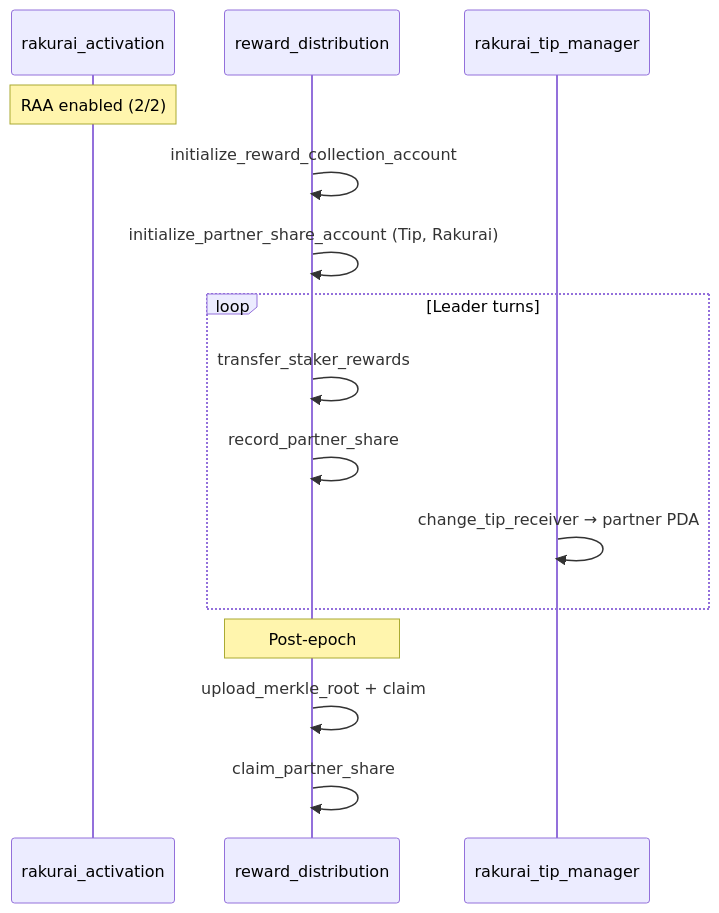
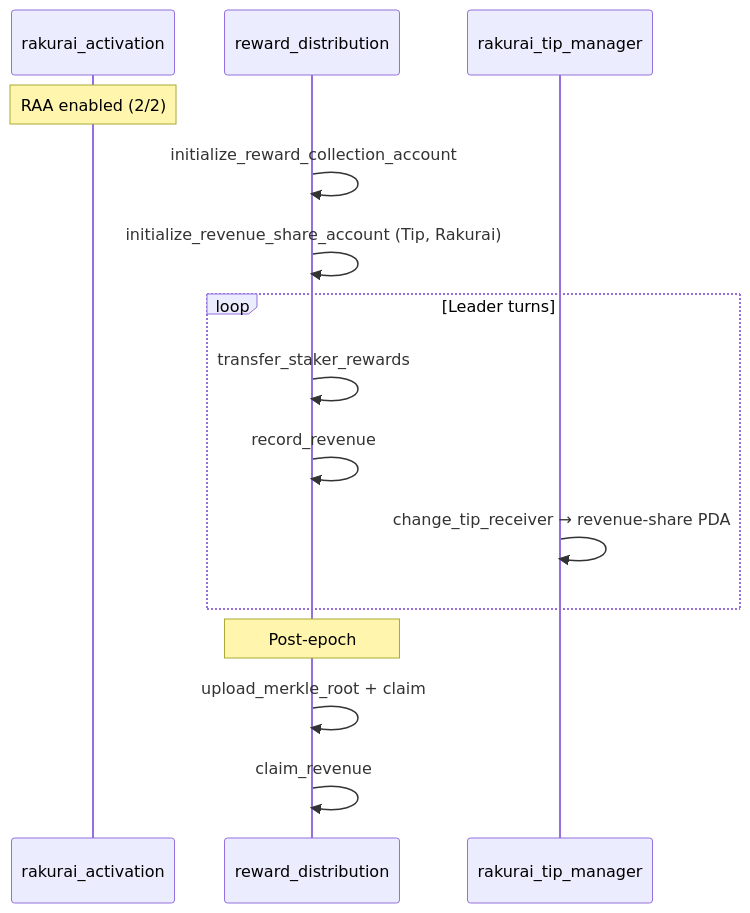
Before and after one commit to rakurai-io/rakurai_programs: the fourth of 4 diagrams in diagram/program-flow-diagrams.md, drawn with Mermaid. The commit also changed other lines of this file and 13 other files, not shown here.

````diff
--- a/diagram/program-flow-diagrams.md
+++ b/diagram/program-flow-diagrams.md
@@ -157,18 +155,18 @@
 ```mermaid
 sequenceDiagram
     participant Act as rakurai_activation
     participant RD as reward_distribution
     participant TM as rakurai_tip_manager
 
     Note over Act: RAA enabled (2/2)
     RD->>RD: initialize_reward_collection_account
-    RD->>RD: initialize_partner_share_account (Tip, Rakurai)
+    RD->>RD: initialize_revenue_share_account (Tip, Rakurai)
     loop Leader turns
         RD->>RD: transfer_staker_rewards
-        RD->>RD: record_partner_share
-        TM->>TM: change_tip_receiver → partner PDA
+        RD->>RD: record_revenue
+        TM->>TM: change_tip_receiver → revenue-share PDA
     end
     Note over RD: Post-epoch
     RD->>RD: upload_merkle_root + claim
-    RD->>RD: claim_partner_share
+    RD->>RD: claim_revenue
 ```
````
